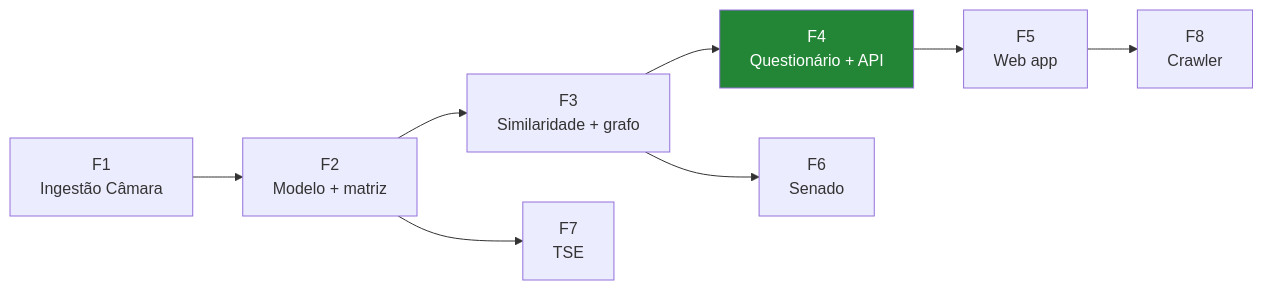
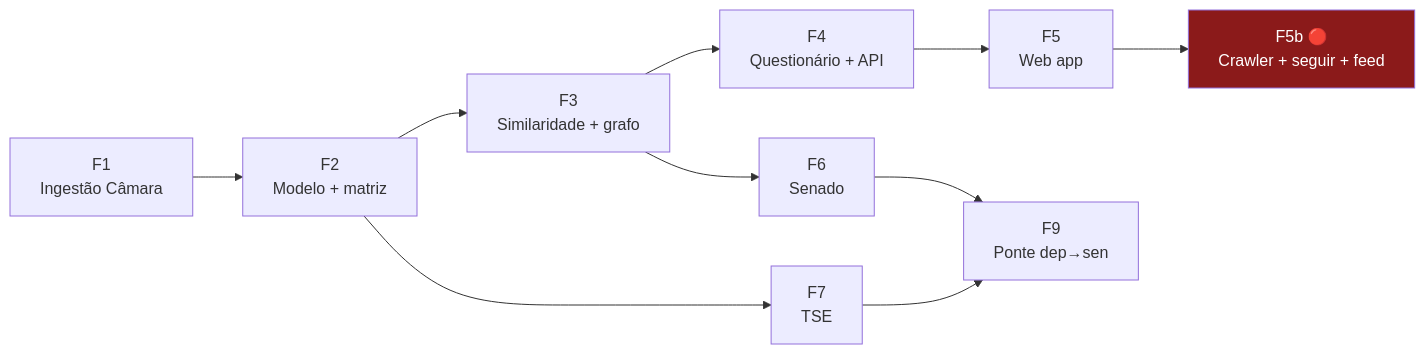
The fourth of 4 diagrams in docs/03-requisitos.md (IgorLucasAssuncao/poligraph), drawn with Mermaid before and after one commit. The commit also changed other lines of this file and 3 other files, not shown here.

First line of the commit message:
docs: seguir parlamentar, feed de notícias e escopo simples do crawler

````diff
--- a/docs/03-requisitos.md
+++ b/docs/03-requisitos.md
@@ -308,12 +385,14 @@
 ```mermaid
 flowchart LR
     F1["F1<br/>Ingestão Câmara"] --> F2["F2<br/>Modelo + matriz"]
     F2 --> F3["F3<br/>Similaridade + grafo"]
     F3 --> F4["F4<br/>Questionário + API"]
     F4 --> F5["F5<br/>Web app"]
+    F5 --> F5b["F5b 🔴<br/>Crawler + seguir + feed"]
     F3 --> F6["F6<br/>Senado"]
     F2 --> F7["F7<br/>TSE"]
-    F5 --> F8["F8<br/>Crawler"]
+    F6 --> F9["F9<br/>Ponte dep→sen"]
+    F7 --> F9
 
-    style F4 fill:#238636,color:#fff
+    style F5b fill:#8b1a1a,color:#fff
 ```
````
